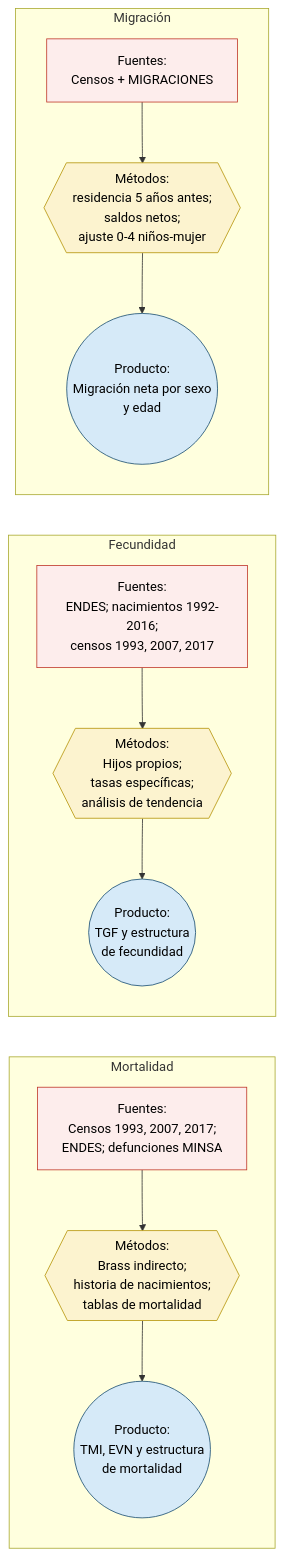
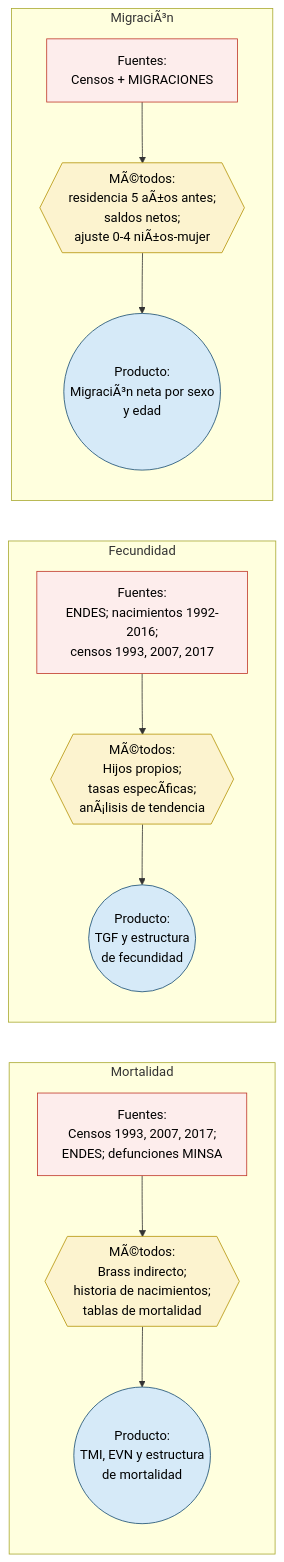
Before and after one commit to psotob91/demografia-poblacion-inei: the third of 4 diagrams in reports/method-report.qmd, drawn with Mermaid. The commit also changed other lines of this file and 4941 other files, not shown here.

````diff
--- a/reports/method-report.qmd
+++ b/reports/method-report.qmd
@@ -226,31 +237,31 @@
 ```{mermaid}
 flowchart LR
 
 subgraph M["Mortalidad"]
 direction TB
 A1["Fuentes:<br/>Censos 1993, 2007, 2017;<br/>ENDES; defunciones MINSA"]:::structural
-A2{{"Métodos:<br/>Brass indirecto;<br/>historia de nacimientos;<br/>tablas de mortalidad"}}:::process
+A2{{"MÃ©todos:<br/>Brass indirecto;<br/>historia de nacimientos;<br/>tablas de mortalidad"}}:::process
 A3(("Producto:<br/>TMI, EVN y estructura<br/>de mortalidad")):::observed
 A1 --> A2 --> A3
 end
 
 subgraph F["Fecundidad"]
 direction TB
 B1["Fuentes:<br/>ENDES; nacimientos 1992-2016;<br/>censos 1993, 2007, 2017"]:::structural
-B2{{"Métodos:<br/>Hijos propios;<br/>tasas específicas;<br/>análisis de tendencia"}}:::process
+B2{{"MÃ©todos:<br/>Hijos propios;<br/>tasas especÃ­ficas;<br/>anÃ¡lisis de tendencia"}}:::process
 B3(("Producto:<br/>TGF y estructura<br/>de fecundidad")):::observed
 B1 --> B2 --> B3
 end
 
-subgraph G["Migración"]
+subgraph G["MigraciÃ³n"]
 direction TB
 C1["Fuentes:<br/>Censos + MIGRACIONES"]:::structural
-C2{{"Métodos:<br/>residencia 5 años antes;<br/>saldos netos;<br/>ajuste 0-4 niños-mujer"}}:::process
-C3(("Producto:<br/>Migración neta por sexo<br/>y edad")):::observed
+C2{{"MÃ©todos:<br/>residencia 5 aÃ±os antes;<br/>saldos netos;<br/>ajuste 0-4 niÃ±os-mujer"}}:::process
+C3(("Producto:<br/>MigraciÃ³n neta por sexo<br/>y edad")):::observed
 C1 --> C2 --> C3
 end
 
 classDef observed fill:#D6EAF8,stroke:#1B4F72,color:#000;
 classDef process fill:#FCF3CF,stroke:#B7950B,color:#000;
 classDef structural fill:#FDEDEC,stroke:#C0392B,color:#000;
 ```
````
